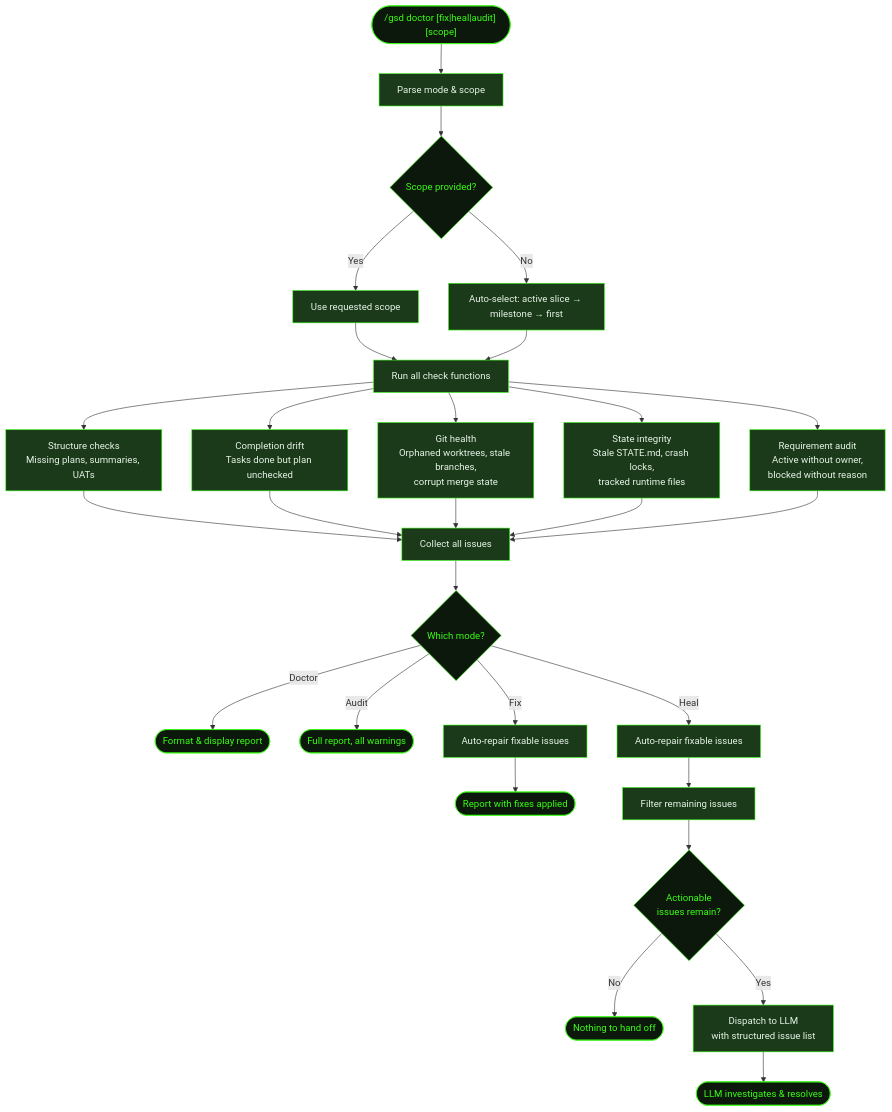
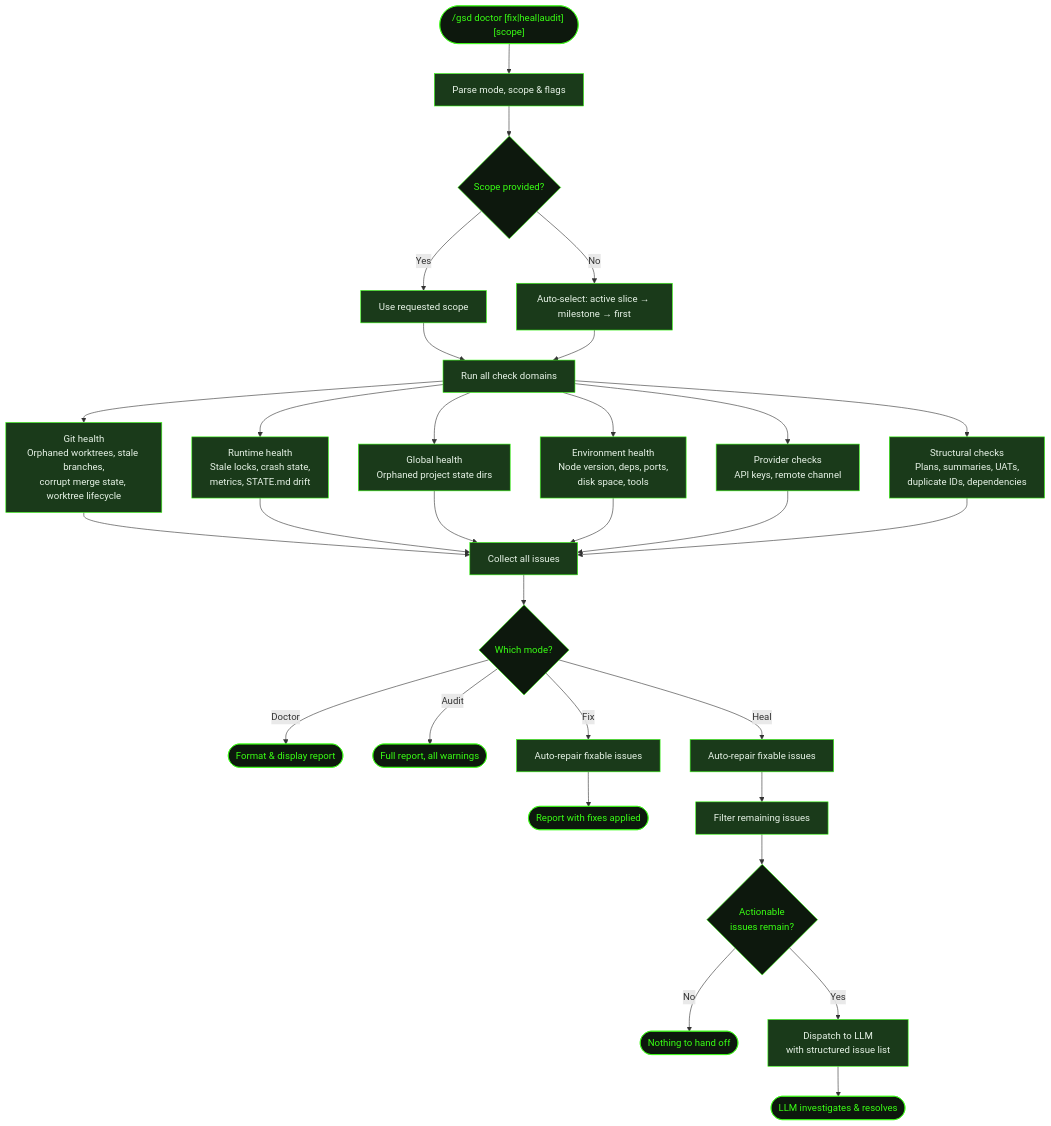
Before and after one commit to shusha-group/gsd2-guide: the diagram in src/content/docs/commands/doctor.mdx, drawn with Mermaid. The commit also changed other lines of this file and 79 other files, not shown here.

First line of the commit message:
chore: update gsd-pi to latest, regenerate all stale pages

````diff
--- a/src/content/docs/commands/doctor.mdx
+++ b/src/content/docs/commands/doctor.mdx
@@ -35,57 +44,60 @@
 ```mermaid
 flowchart TD
-    Start(["/gsd doctor [fix|heal|audit] [scope]"]) --> Parse[Parse mode & scope]
+    Start(["/gsd doctor [fix|heal|audit] [scope]"]) --> Parse[Parse mode, scope & flags]
     Parse --> Scope{Scope provided?}
     Scope -->|Yes| Use[Use requested scope]
     Scope -->|No| Auto[Auto-select: active slice → milestone → first]
     Use --> Scan
     Auto --> Scan
 
-    Scan[Run all check functions] --> Struct[Structure checks<br/>Missing plans, summaries, UATs]
-    Scan --> Completion[Completion drift<br/>Tasks done but plan unchecked]
-    Scan --> Git[Git health<br/>Orphaned worktrees, stale branches,<br/>corrupt merge state]
-    Scan --> State[State integrity<br/>Stale STATE.md, crash locks,<br/>tracked runtime files]
-    Scan --> Requirements[Requirement audit<br/>Active without owner,<br/>blocked without reason]
+    Scan[Run all check domains] --> Git[Git health<br/>Orphaned worktrees, stale branches,<br/>corrupt merge state, worktree lifecycle]
+    Scan --> Runtime[Runtime health<br/>Stale locks, crash state,<br/>metrics, STATE.md drift]
+    Scan --> Global[Global health<br/>Orphaned project state dirs]
+    Scan --> Env[Environment health<br/>Node version, deps, ports,<br/>disk space, tools]
+    Scan --> Provider[Provider checks<br/>API keys, remote channel]
+    Scan --> Struct[Structural checks<br/>Plans, summaries, UATs,<br/>duplicate IDs, dependencies]
 
-    Struct --> Collect[Collect all issues]
-    Completion --> Collect
-    Git --> Collect
-    State --> Collect
-    Requirements --> Collect
+    Git --> Collect[Collect all issues]
+    Runtime --> Collect
+    Global --> Collect
+    Env --> Collect
+    Provider --> Collect
+    Struct --> Collect
 
     Collect --> Mode{Which mode?}
     Mode -->|Doctor| Report([Format & display report])
     Mode -->|Audit| Audit([Full report, all warnings])
     Mode -->|Fix| Fix[Auto-repair fixable issues]
     Fix --> Report2([Report with fixes applied])
     Mode -->|Heal| Fix2[Auto-repair fixable issues]
     Fix2 --> Filter[Filter remaining issues]
     Filter --> HasErrors{Actionable<br/>issues remain?}
     HasErrors -->|No| Done([Nothing to hand off])
     HasErrors -->|Yes| Dispatch[Dispatch to LLM<br/>with structured issue list]
     Dispatch --> LLM([LLM investigates & resolves])
 
     style Start fill:#0d180d,stroke:#39ff14,color:#39ff14
     style Scope fill:#0d180d,stroke:#39ff14,color:#39ff14
     style Mode fill:#0d180d,stroke:#39ff14,color:#39ff14
     style HasErrors fill:#0d180d,stroke:#39ff14,color:#39ff14
     style Parse fill:#1a3a1a,stroke:#39ff14,color:#e8f4e8
     style Use fill:#1a3a1a,stroke:#39ff14,color:#e8f4e8
     style Auto fill:#1a3a1a,stroke:#39ff14,color:#e8f4e8
     style Scan fill:#1a3a1a,stroke:#39ff14,color:#e8f4e8
+    style Git fill:#1a3a1a,stroke:#39ff14,color:#e8f4e8
+    style Runtime fill:#1a3a1a,stroke:#39ff14,color:#e8f4e8
+    style Global fill:#1a3a1a,stroke:#39ff14,color:#e8f4e8
+    style Env fill:#1a3a1a,stroke:#39ff14,color:#e8f4e8
+    style Provider fill:#1a3a1a,stroke:#39ff14,color:#e8f4e8
     style Struct fill:#1a3a1a,stroke:#39ff14,color:#e8f4e8
-    style Completion fill:#1a3a1a,stroke:#39ff14,color:#e8f4e8
-    style Git fill:#1a3a1a,stroke:#39ff14,color:#e8f4e8
-    style State fill:#1a3a1a,stroke:#39ff14,color:#e8f4e8
-    style Requirements fill:#1a3a1a,stroke:#39ff14,color:#e8f4e8
     style Collect fill:#1a3a1a,stroke:#39ff14,color:#e8f4e8
     style Fix fill:#1a3a1a,stroke:#39ff14,color:#e8f4e8
     style Fix2 fill:#1a3a1a,stroke:#39ff14,color:#e8f4e8
     style Filter fill:#1a3a1a,stroke:#39ff14,color:#e8f4e8
     style Dispatch fill:#1a3a1a,stroke:#39ff14,color:#e8f4e8
     style Report fill:#0d180d,stroke:#39ff14,color:#39ff14
     style Audit fill:#0d180d,stroke:#39ff14,color:#39ff14
     style Report2 fill:#0d180d,stroke:#39ff14,color:#39ff14
     style Done fill:#0d180d,stroke:#39ff14,color:#39ff14
     style LLM fill:#0d180d,stroke:#39ff14,color:#39ff14
 ```
````
